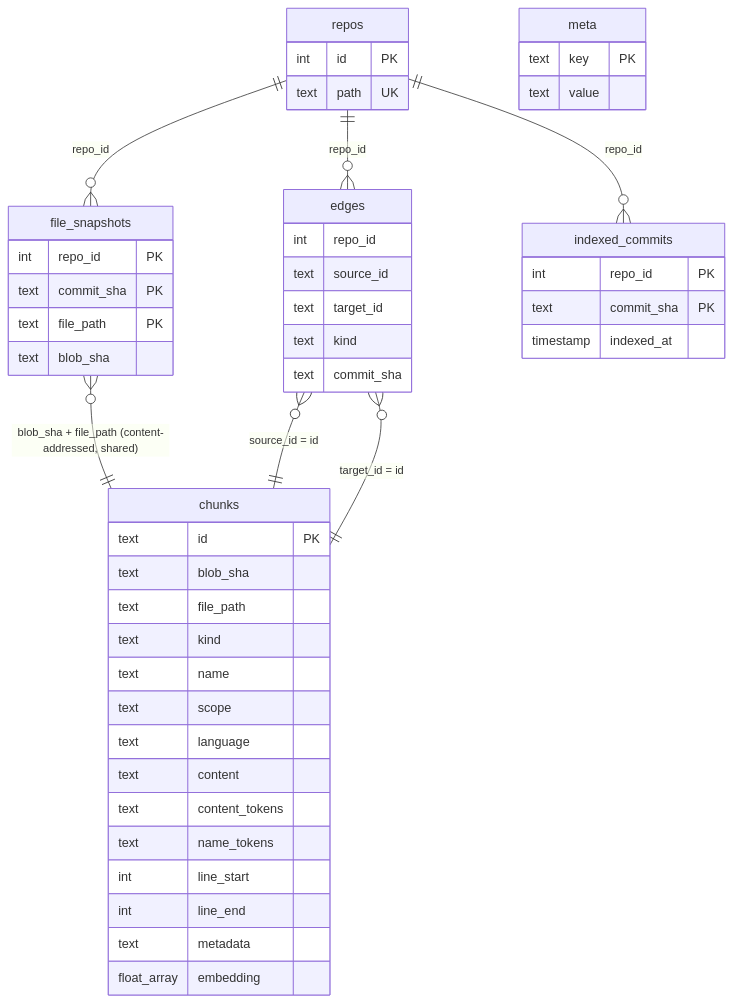
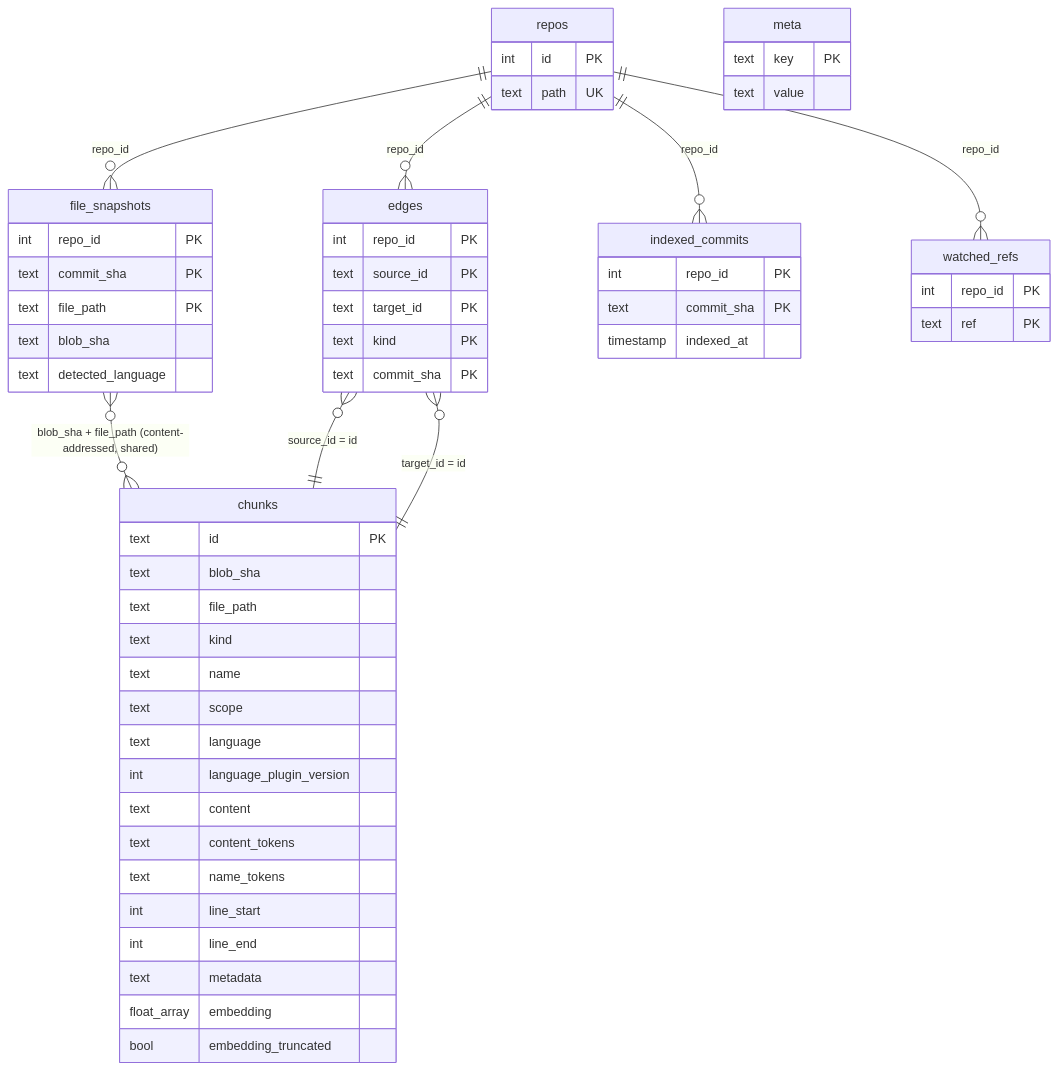
One commit to janrito/rbtr changed the fourth of 5 diagrams in packages/rbtr/ARCHITECTURE.md. Above: the diagram before and after it, drawn with Mermaid. The commit also changed other lines of this file and 1 other file, not shown here.

First line of the commit message:
Refresh rbtr README and ARCHITECTURE docs for content-addressing

````diff
--- a/packages/rbtr/ARCHITECTURE.md
+++ b/packages/rbtr/ARCHITECTURE.md
@@ -191,53 +205,61 @@
 ```mermaid
 erDiagram
     repos ||--o{ file_snapshots : "repo_id"
     repos ||--o{ edges : "repo_id"
     repos ||--o{ indexed_commits : "repo_id"
+    repos ||--o{ watched_refs : "repo_id"
 
-    file_snapshots }o--|| chunks : "blob_sha + file_path (content-addressed, shared)"
+    file_snapshots }o--o{ chunks : "blob_sha + file_path (content-addressed, shared)"
     edges }o--|| chunks : "source_id = id"
     edges }o--|| chunks : "target_id = id"
 
     repos {
         int id PK
         text path UK
     }
     file_snapshots {
         int repo_id PK
         text commit_sha PK
         text file_path PK
         text blob_sha
+        text detected_language
     }
     chunks {
         text id PK
         text blob_sha
         text file_path
         text kind
         text name
         text scope
         text language
+        int language_plugin_version
         text content
         text content_tokens
         text name_tokens
         int line_start
         int line_end
         text metadata
         float_array embedding
+        bool embedding_truncated
     }
     edges {
-        int repo_id
-        text source_id
-        text target_id
-        text kind
-        text commit_sha
+        int repo_id PK
+        text source_id PK
+        text target_id PK
+        text kind PK
+        text commit_sha PK
     }
     indexed_commits {
         int repo_id PK
         text commit_sha PK
         timestamp indexed_at
     }
+    watched_refs {
+        int repo_id PK
+        text ref PK
+    }
     meta {
         text key PK
         text value
     }
 ```
````
